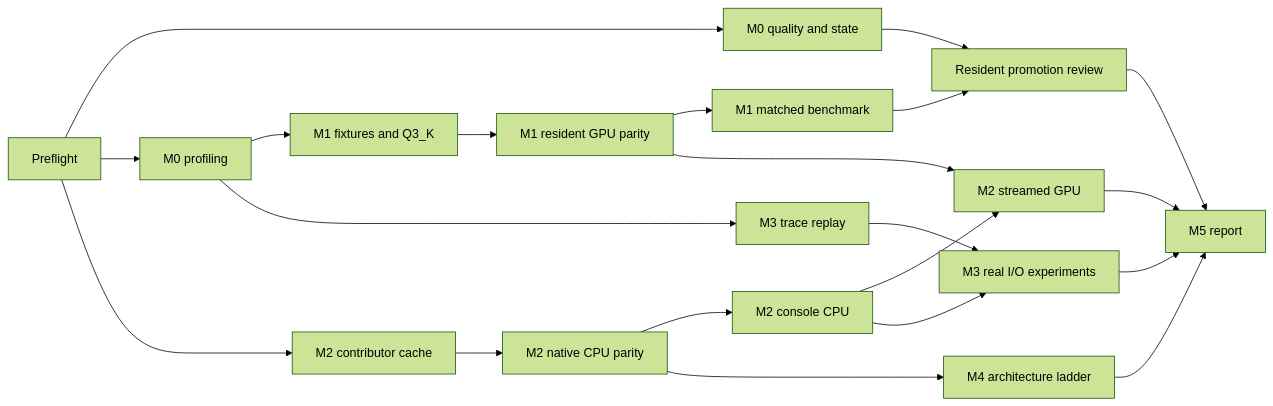
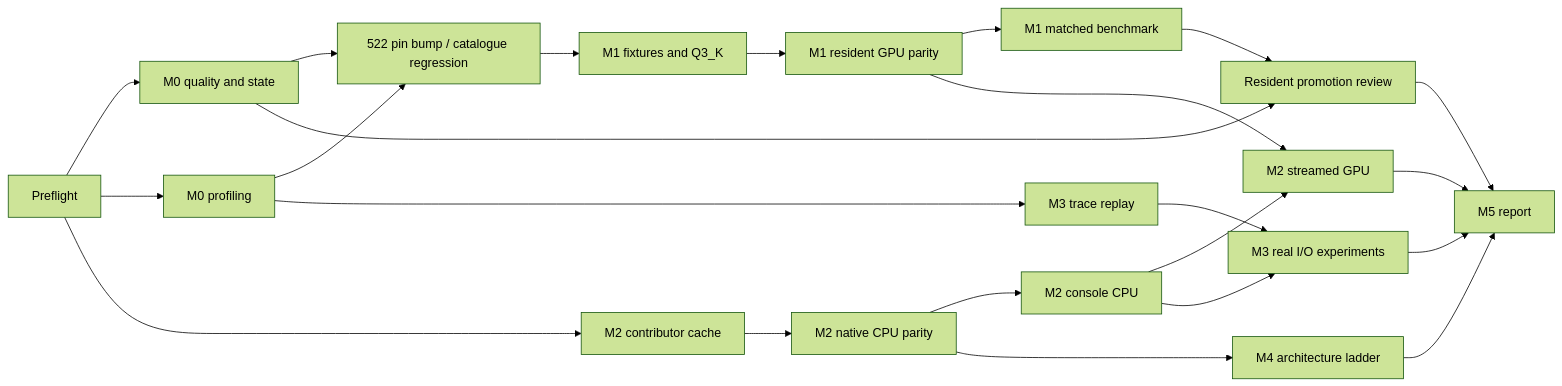
The second of 2 diagrams in docs/superpowers/plans/2026-11-24-moe-engineering-program.md (gianlucamazza/xllama), drawn with Mermaid (forest theme) before and after one commit. The commit also changed other lines of this file and 4 other files, not shown here.

````diff
--- a/docs/superpowers/plans/2026-11-24-moe-engineering-program.md
+++ b/docs/superpowers/plans/2026-11-24-moe-engineering-program.md
@@ -220,23 +225,25 @@
 ```mermaid
 flowchart LR
     A[Preflight] --> B[M0 quality and state]
     A --> C[M0 profiling]
-    C --> D[M1 fixtures and Q3_K]
+    B --> P[522 pin bump / catalogue regression]
+    C --> P
+    P --> D[M1 fixtures and Q3_K]
     D --> E[M1 resident GPU parity]
     E --> F[M1 matched benchmark]
     B --> G[Resident promotion review]
     F --> G
     A --> H[M2 contributor cache]
     H --> I[M2 native CPU parity]
     I --> J[M2 console CPU]
     J --> K[M2 streamed GPU]
     E --> K
     C --> L[M3 trace replay]
     J --> M[M3 real I/O experiments]
     L --> M
     I --> N[M4 architecture ladder]
     G --> O[M5 report]
     K --> O
     M --> O
     N --> O
 ```
````
